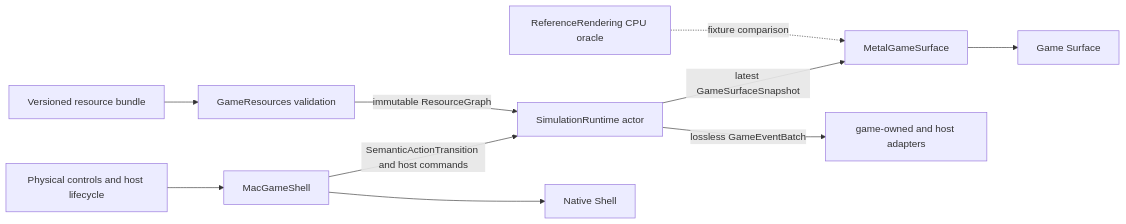
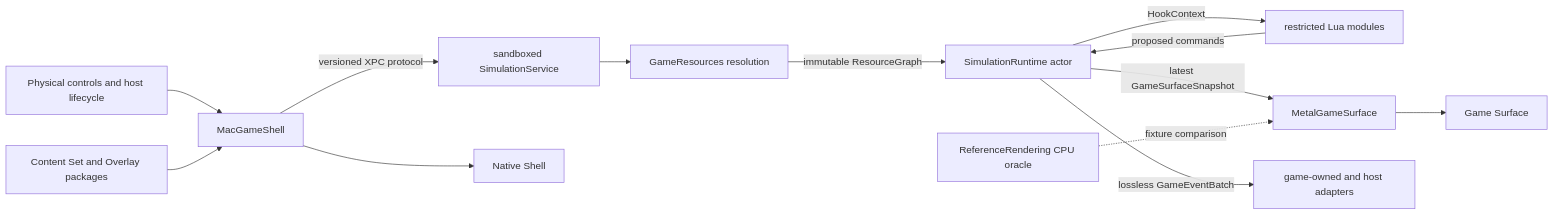
The diagram in docs/native-architecture.md (odogono/mercenary), drawn with Mermaid before and after one commit. The commit also changed other lines of this file and 8 other files, not shown here.

````diff
--- a/docs/native-architecture.md
+++ b/docs/native-architecture.md
@@ -40,12 +42,15 @@
 ```mermaid
 flowchart LR
   P["Physical controls and host lifecycle"] --> S["MacGameShell"]
-  S -->|"SemanticActionTransition and host commands"| R["SimulationRuntime actor"]
-  B["Versioned resource bundle"] --> V["GameResources validation"]
-  V -->|"immutable ResourceGraph"| R
+  S -->|"versioned XPC protocol"| X["sandboxed SimulationService"]
+  B["Content Set and Overlay packages"] --> S
+  X --> V["GameResources resolution"]
+  V -->|"immutable ResourceGraph"| R["SimulationRuntime actor"]
+  L["restricted Lua modules"] -->|"proposed commands"| R
+  R -->|"HookContext"| L
   R -->|"latest GameSurfaceSnapshot"| M["MetalGameSurface"]
   R -->|"lossless GameEventBatch"| A["game-owned and host adapters"]
   O["ReferenceRendering CPU oracle"] -. "fixture comparison" .-> M
   M --> G["Game Surface"]
   S --> N["Native Shell"]
 ```
````
